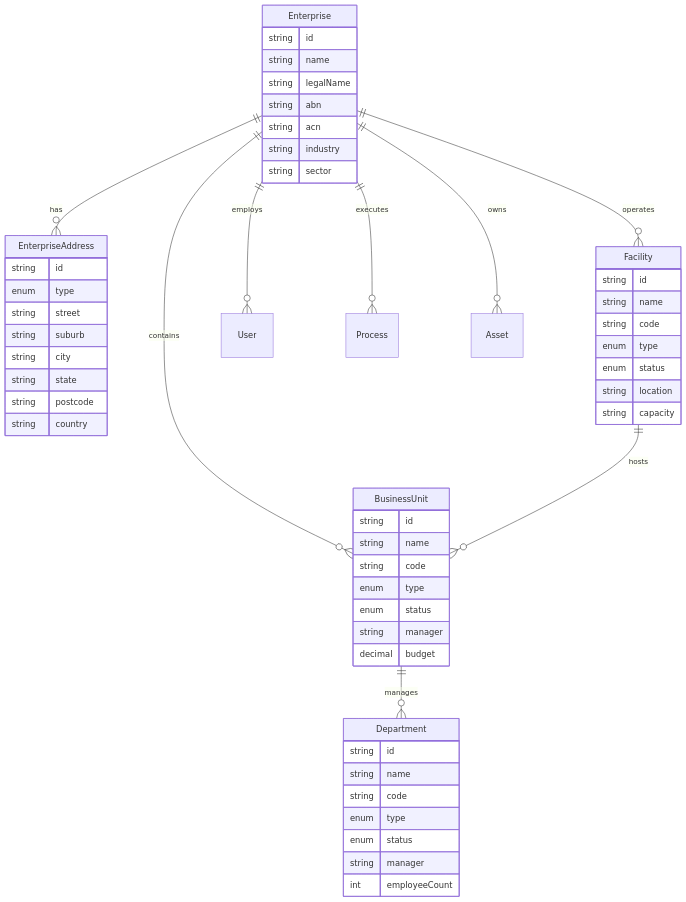
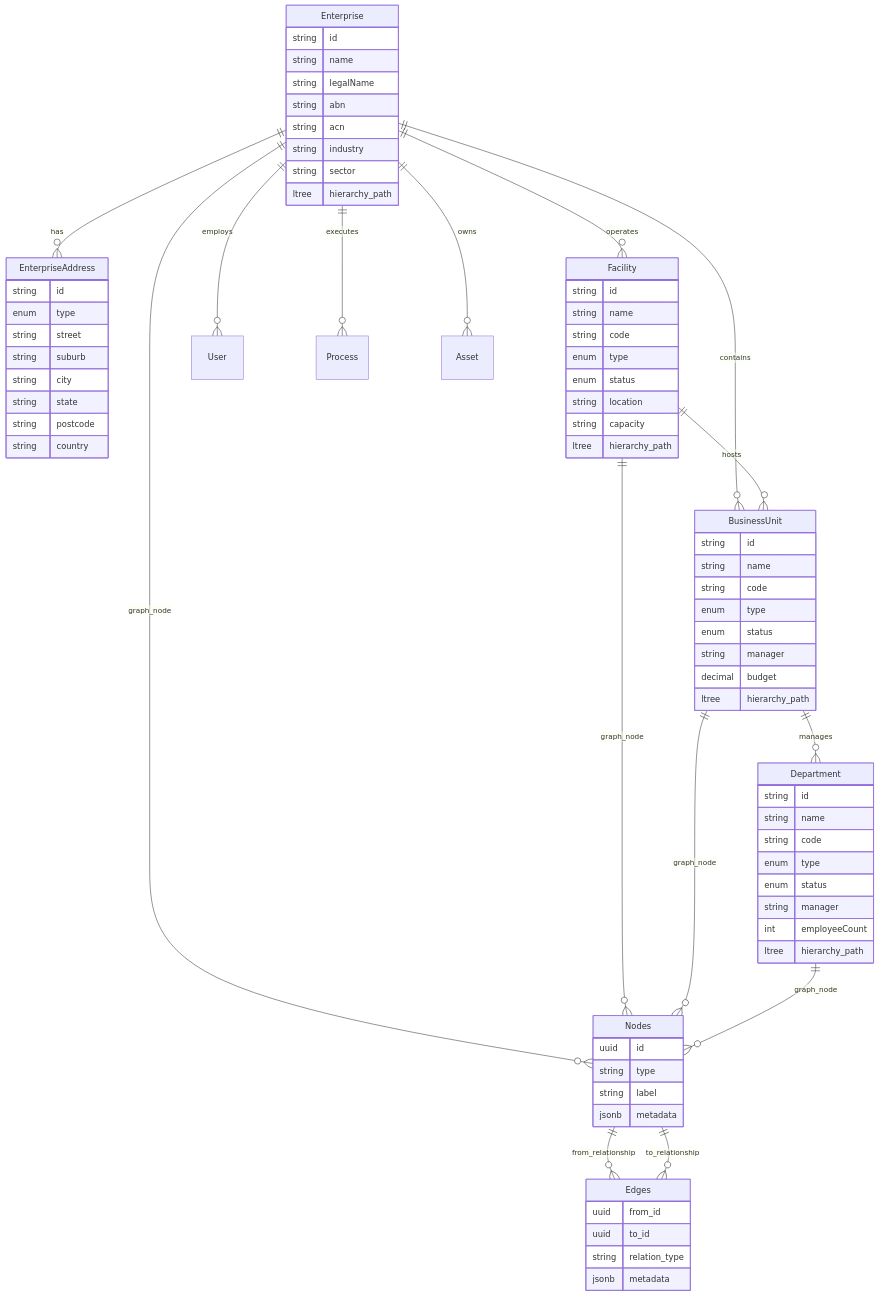
Before and after one commit to Duds/capopt_platform: the first of 10 diagrams in docs/design/solution-architecture-design.md, drawn with Mermaid. The commit also changed other lines of this file and 30 other files, not shown here.

First line of the commit message:
feat: implement graph relational architecture and enhance testing infrastructure

````diff
--- a/docs/design/solution-architecture-design.md
+++ b/docs/design/solution-architecture-design.md
@@ -28,57 +160,79 @@
 ```mermaid
 erDiagram
     Enterprise {
         string id
         string name
         string legalName
         string abn
         string acn
         string industry
         string sector
+        ltree hierarchy_path
     }
     EnterpriseAddress {
         string id
         enum type
         string street
         string suburb
         string city
         string state
         string postcode
         string country
     }
     Facility {
         string id
         string name
         string code
         enum type
         enum status
         string location
         string capacity
+        ltree hierarchy_path
     }
     BusinessUnit {
         string id
         string name
         string code
         enum type
         enum status
         string manager
         decimal budget
+        ltree hierarchy_path
     }
     Department {
         string id
         string name
         string code
         enum type
         enum status
         string manager
         int employeeCount
+        ltree hierarchy_path
+    }
+    Nodes {
+        uuid id
+        string type
+        string label
+        jsonb metadata
+    }
+    Edges {
+        uuid from_id
+        uuid to_id
+        string relation_type
+        jsonb metadata
     }
     Enterprise ||--o{ EnterpriseAddress : has
     Enterprise ||--o{ Facility : operates
     Enterprise ||--o{ BusinessUnit : contains
     Facility ||--o{ BusinessUnit : hosts
     BusinessUnit ||--o{ Department : manages
     Enterprise ||--o{ User : employs
     Enterprise ||--o{ Process : executes
     Enterprise ||--o{ Asset : owns
+    Enterprise ||--o{ Nodes : graph_node
+    Facility ||--o{ Nodes : graph_node
+    BusinessUnit ||--o{ Nodes : graph_node
+    Department ||--o{ Nodes : graph_node
+    Nodes ||--o{ Edges : from_relationship
+    Nodes ||--o{ Edges : to_relationship
 ```
````
